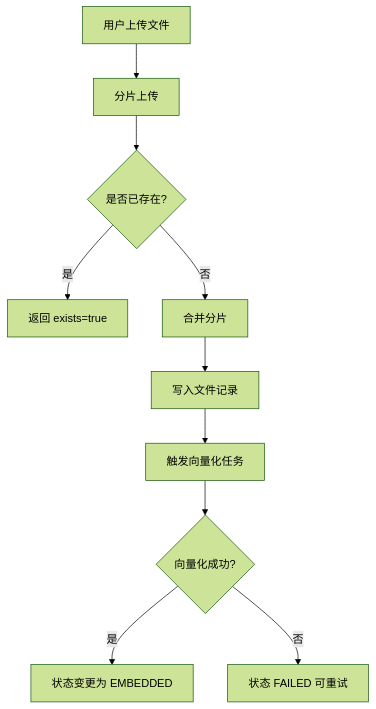
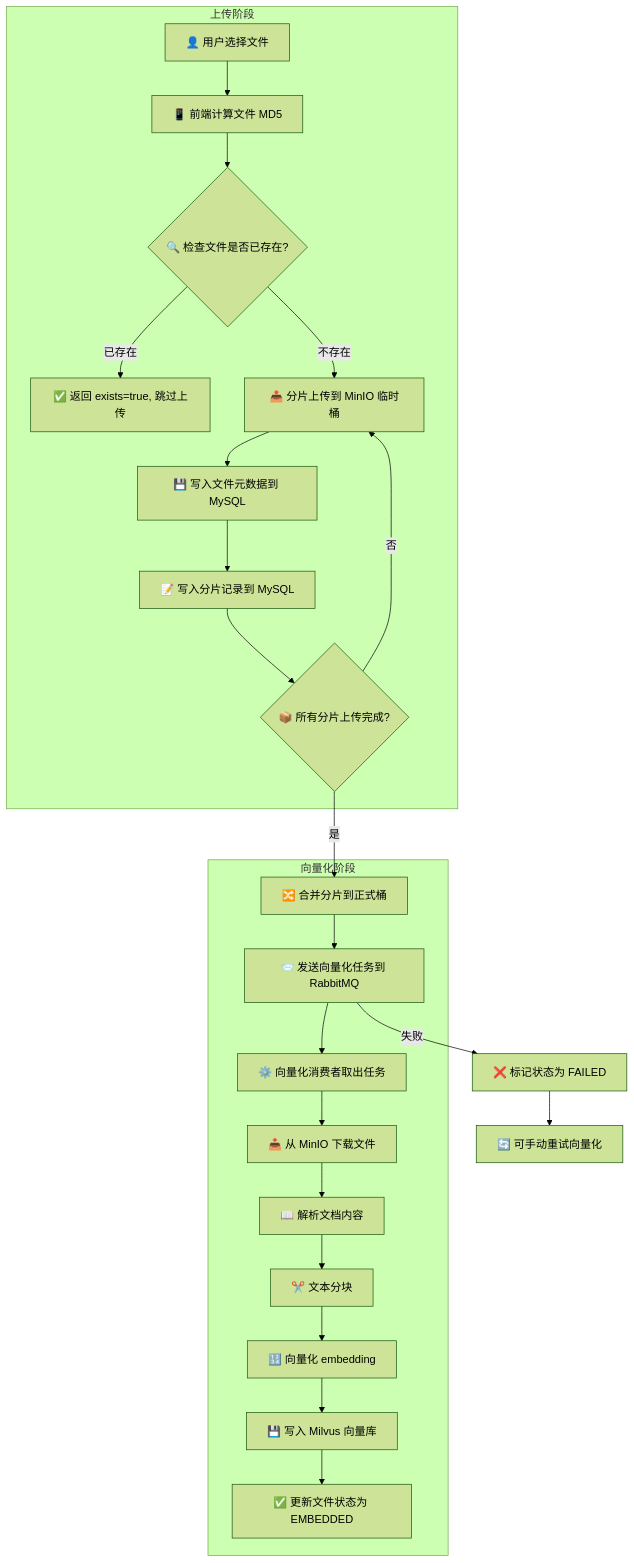
One commit to iamk1ko/NoteLLM changed the first of 3 diagrams in README.md. Above: the diagram before and after it, drawn with Mermaid (forest theme). The commit also changed other lines of this file, not shown here.

````diff
--- a/README.md
+++ b/README.md
@@ -45,12 +59,29 @@
 ```mermaid
 flowchart TD
-    A[用户上传文件] --> B[分片上传]
-    B --> C{是否已存在?}
-    C -->|是| D[返回 exists=true]
-    C -->|否| E[合并分片]
-    E --> F[写入文件记录]
-    F --> G[触发向量化任务]
-    G --> H{向量化成功?}
-    H -->|是| I[状态变更为 EMBEDDED]
-    H -->|否| J[状态 FAILED 可重试]
+    subgraph 上传阶段
+        A[👤 用户选择文件] --> B[📱 前端计算文件 MD5]
+        B --> C{🔍 检查文件是否已存在?}
+        C -->|已存在| D[✅ 返回 exists=true, 跳过上传]
+        C -->|不存在| E[📤 分片上传到 MinIO 临时桶]
+        E --> F[💾 写入文件元数据到 MySQL]
+        F --> G[📝 写入分片记录到 MySQL]
+        G --> H{📦 所有分片上传完成?}
+    end
+
+    H -->|否| E
+    H -->|是| I[🔀 合并分片到正式桶]
+
+    subgraph 向量化阶段
+        I --> J[📨 发送向量化任务到 RabbitMQ]
+        J --> K[⚙️ 向量化消费者取出任务]
+        K --> L[📥 从 MinIO 下载文件]
+        L --> M[📖 解析文档内容]
+        M --> N[✂️ 文本分块]
+        N --> O[🔢 向量化 embedding]
+        O --> P[💾 写入 Milvus 向量库]
+        P --> Q[✅ 更新文件状态为 EMBEDDED]
+    end
+
+    J -->|失败| R[❌ 标记状态为 FAILED]
+    R --> S[🔄 可手动重试向量化]
 ```
````
